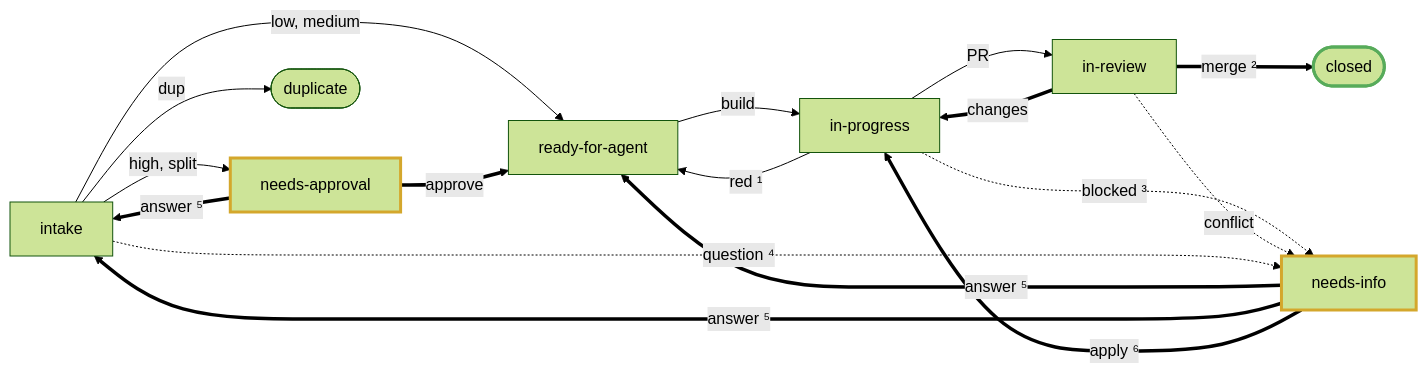
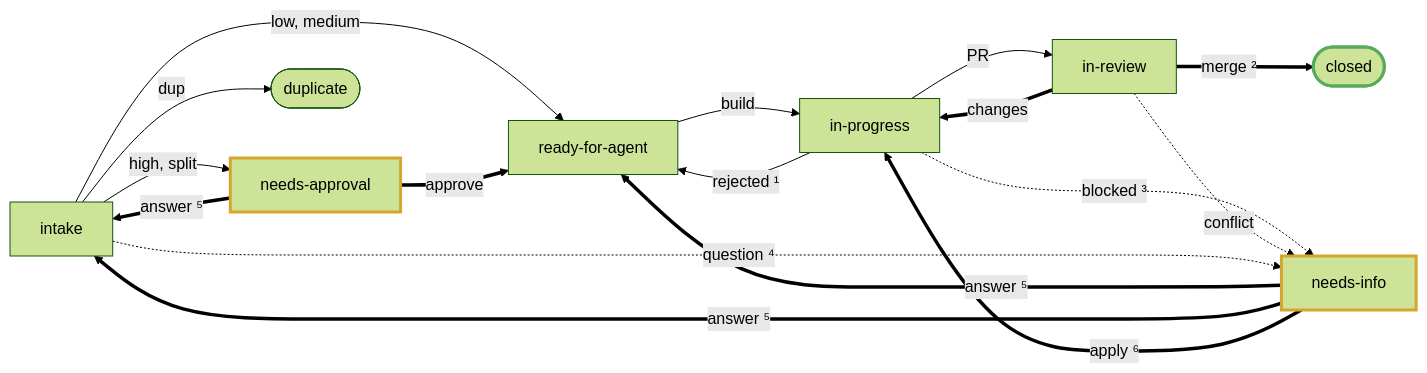
One commit to dvalnn/maestro changed the first of 5 diagrams in docs/agents/factory.md. Above: the diagram before and after it, drawn with Mermaid (forest theme). The commit also changed other lines of this file and 5 other files, not shown here.

````diff
--- a/docs/agents/factory.md
+++ b/docs/agents/factory.md
@@ -12,33 +12,33 @@
 ```mermaid
 flowchart LR
     IN["intake"]
     GATE["needs-approval"]
     Q["ready-for-agent"]
     B["in-progress"]
     R["in-review"]
     D(["closed"])
     DUP(["duplicate"])
     NI["needs-info"]
 
     IN -->|"low, medium"| Q
     IN -->|"high, split"| GATE
     IN -->|dup| DUP
     GATE ==>|approve| Q
     Q -->|build| B
     B -->|PR| R
-    B -->|"red ¹"| Q
+    B -->|"rejected ¹"| Q
     R ==>|"merge ²"| D
     R ==>|changes| B
     B -.->|"blocked ³"| NI
     R -.->|conflict| NI
     IN -.->|"question ⁴"| NI
     NI ==>|"answer ⁵"| Q
     NI ==>|"answer ⁵"| IN
     NI ==>|"apply ⁶"| B
     GATE ==>|"answer ⁵"| IN
 
     classDef owner stroke:#d4a72c,stroke-width:3px
     classDef done stroke:#57ab5a,stroke-width:3px
     class GATE,NI owner
     class D done
 ```
````
